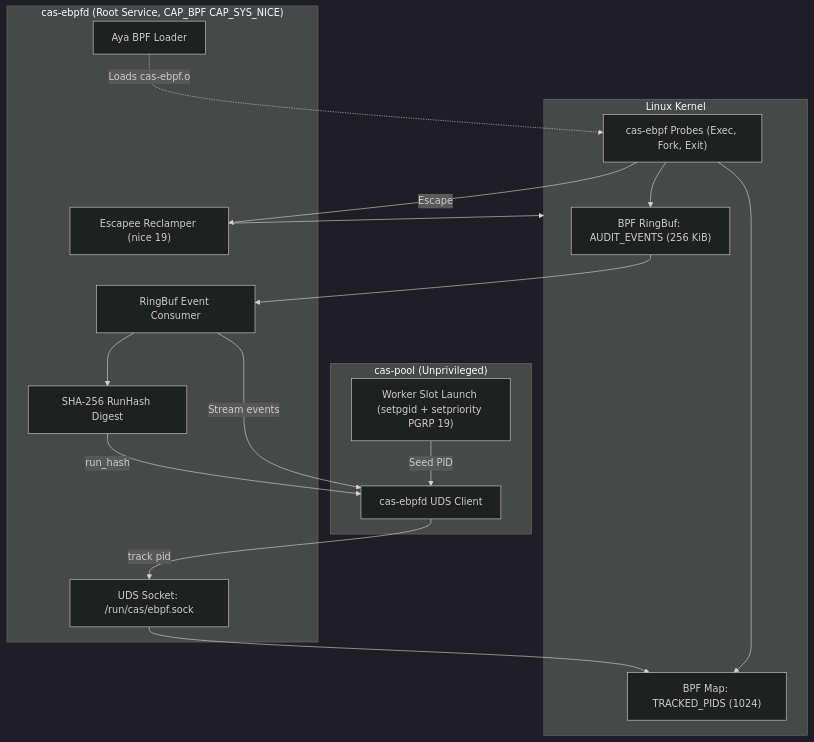
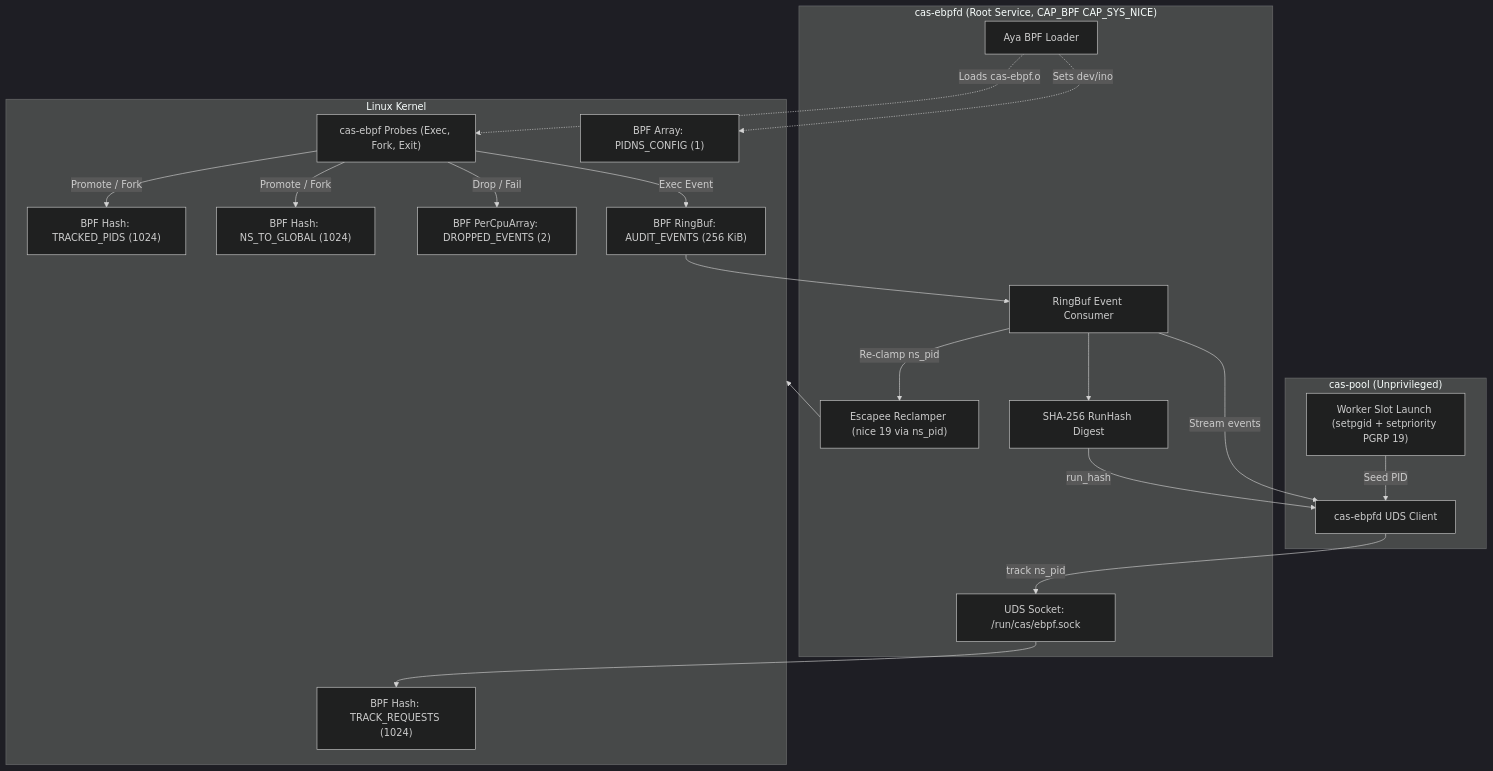
One commit to unsigned-gg/uas changed the diagram in specs/0014-ebpf-priority-clamping-and-audit-probes.md. Above: the diagram before and after it, drawn with Mermaid (dark theme). The commit also changed other lines of this file and 1 other file, not shown here.

First line of the commit message:
docs(spec-0014): amend for pid namespace resolution and map architecture

````diff
--- a/specs/0014-ebpf-priority-clamping-and-audit-probes.md
+++ b/specs/0014-ebpf-priority-clamping-and-audit-probes.md
@@ -80,24 +83,32 @@
 ```mermaid
 flowchart TD
     subgraph Pool["cas-pool (Unprivileged)"]
         Launch["Worker Slot Launch (setpgid + setpriority PGRP 19)"]
         PoolClient["cas-ebpfd UDS Client"]
     end
     subgraph Daemon["cas-ebpfd (Root Service, CAP_BPF CAP_SYS_NICE)"]
         UdsServer["UDS Socket: /run/cas/ebpf.sock"]
         Loader["Aya BPF Loader"]
         Consumer["RingBuf Event Consumer"]
-        Reclamper["Escapee Reclamper (nice 19)"]
+        Reclamper["Escapee Reclamper (nice 19 via ns_pid)"]
         Hasher["SHA-256 RunHash Digest"]
     end
     subgraph Kernel["Linux Kernel"]
         Probes["cas-ebpf Probes (Exec, Fork, Exit)"]
-        PidMap["BPF Map: TRACKED_PIDS (1024)"]
+        ConfigMap["BPF Array: PIDNS_CONFIG (1)"]
+        ReqMap["BPF Hash: TRACK_REQUESTS (1024)"]
+        PidMap["BPF Hash: TRACKED_PIDS (1024)"]
+        NsMap["BPF Hash: NS_TO_GLOBAL (1024)"]
         RingBuf["BPF RingBuf: AUDIT_EVENTS (256 KiB)"]
+        DropMap["BPF PerCpuArray: DROPPED_EVENTS (2)"]
     end
-    Launch -->|Seed PID| PoolClient -->|track pid| UdsServer --> PidMap
-    Loader -.->|Loads cas-ebpf.o| Probes --> PidMap & RingBuf
+    Launch -->|Seed PID| PoolClient -->|track ns_pid| UdsServer --> ReqMap
+    Loader -.->|Sets dev/ino| ConfigMap
+    Loader -.->|Loads cas-ebpf.o| Probes
+    Probes -->|Promote / Fork| PidMap & NsMap
+    Probes -->|Exec Event| RingBuf
+    Probes -->|Drop / Fail| DropMap
     RingBuf --> Consumer --> Hasher -->|run_hash| PoolClient
     Consumer -->|Stream events| PoolClient
-    Probes -->|Escape| Reclamper --> Kernel
+    Consumer -->|Re-clamp ns_pid| Reclamper --> Kernel
 ```
````
